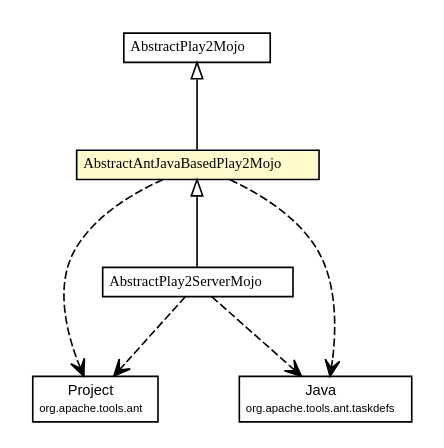
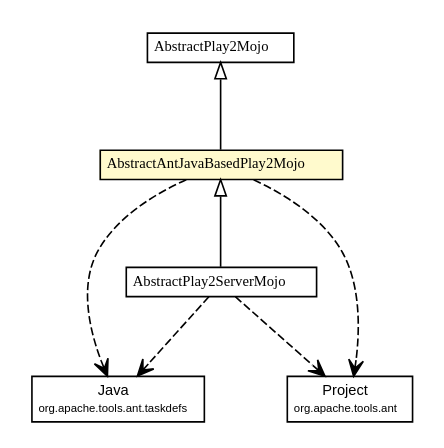
Before and after one commit to play2-maven-plugin/play2-maven-plugin.github.io: the diagram in play2-maven-plugin/1.0.0-beta5-SNAPSHOT/play2-maven-plugin/apidocs/com/google/code/play2/plugin/AbstractAntJavaBasedPlay2Mojo.dot, drawn with Graphviz. The commit also changed 213 other files, not shown here.

```diff
--- a/play2-maven-plugin/1.0.0-beta5-SNAPSHOT/play2-maven-plugin/apidocs/com/google/code/play2/plugin/AbstractAntJavaBasedPlay2Mojo.dot
+++ b/play2-maven-plugin/1.0.0-beta5-SNAPSHOT/play2-maven-plugin/apidocs/com/google/code/play2/plugin/AbstractAntJavaBasedPlay2Mojo.dot
@@ -1,56 +1,56 @@
 #!/usr/local/bin/dot
 #
 # Class diagram 
 # Generated by UMLGraph version R5_6-24-gf6e263 (http://www.umlgraph.org/)
 #
 
 digraph G {
 	edge [fontname="arial",fontsize=10,labelfontname="arial",labelfontsize=10];
 	node [fontname="arial",fontsize=10,shape=plaintext];
 	nodesep=0.25;
 	ranksep=0.5;
 	// com.google.code.play2.plugin.AbstractPlay2ServerMojo
-	c82 [label=<<table title="com.google.code.play2.plugin.AbstractPlay2ServerMojo" border="0" cellborder="1" cellspacing="0" cellpadding="2" port="p" href="./AbstractPlay2ServerMojo.html">
+	c83 [label=<<table title="com.google.code.play2.plugin.AbstractPlay2ServerMojo" border="0" cellborder="1" cellspacing="0" cellpadding="2" port="p" href="./AbstractPlay2ServerMojo.html">
 		<tr><td><table border="0" cellspacing="0" cellpadding="1">
 <tr><td align="center" balign="center"><font face="arial italic"> AbstractPlay2ServerMojo </font></td></tr>
 		</table></td></tr>
 		</table>>, URL="./AbstractPlay2ServerMojo.html", fontname="arial", fontcolor="black", fontsize=9.0];
 	// com.google.code.play2.plugin.AbstractPlay2Mojo
-	c95 [label=<<table title="com.google.code.play2.plugin.AbstractPlay2Mojo" border="0" cellborder="1" cellspacing="0" cellpadding="2" port="p" href="./AbstractPlay2Mojo.html">
+	c96 [label=<<table title="com.google.code.play2.plugin.AbstractPlay2Mojo" border="0" cellborder="1" cellspacing="0" cellpadding="2" port="p" href="./AbstractPlay2Mojo.html">
 		<tr><td><table border="0" cellspacing="0" cellpadding="1">
 <tr><td align="center" balign="center"><font face="arial italic"> AbstractPlay2Mojo </font></td></tr>
 		</table></td></tr>
 		</table>>, URL="./AbstractPlay2Mojo.html", fontname="arial", fontcolor="black", fontsize=9.0];
 	// com.google.code.play2.plugin.AbstractAntJavaBasedPlay2Mojo
-	c108 [label=<<table title="com.google.code.play2.plugin.AbstractAntJavaBasedPlay2Mojo" border="0" cellborder="1" cellspacing="0" cellpadding="2" port="p" bgcolor="lemonChiffon" href="./AbstractAntJavaBasedPlay2Mojo.html">
+	c109 [label=<<table title="com.google.code.play2.plugin.AbstractAntJavaBasedPlay2Mojo" border="0" cellborder="1" cellspacing="0" cellpadding="2" port="p" bgcolor="lemonChiffon" href="./AbstractAntJavaBasedPlay2Mojo.html">
 		<tr><td><table border="0" cellspacing="0" cellpadding="1">
 <tr><td align="center" balign="center"><font face="arial italic"> AbstractAntJavaBasedPlay2Mojo </font></td></tr>
 		</table></td></tr>
 		</table>>, URL="./AbstractAntJavaBasedPlay2Mojo.html", fontname="arial", fontcolor="black", fontsize=9.0];
 	//com.google.code.play2.plugin.AbstractPlay2ServerMojo extends com.google.code.play2.plugin.AbstractAntJavaBasedPlay2Mojo
-	c108:p -> c82:p [dir=back,arrowtail=empty];
+	c109:p -> c83:p [dir=back,arrowtail=empty];
 	//com.google.code.play2.plugin.AbstractAntJavaBasedPlay2Mojo extends com.google.code.play2.plugin.AbstractPlay2Mojo
-	c95:p -> c108:p [dir=back,arrowtail=empty];
+	c96:p -> c109:p [dir=back,arrowtail=empty];
+	// com.google.code.play2.plugin.AbstractPlay2ServerMojo DEPEND org.apache.tools.ant.taskdefs.Java
+	c83:p -> c163:p [taillabel="", label="", headlabel="", fontname="arial", fontcolor="black", fontsize=10.0, color="black", arrowhead=open, style=dashed];
 	// com.google.code.play2.plugin.AbstractPlay2ServerMojo DEPEND org.apache.tools.ant.Project
-	c82:p -> c168:p [taillabel="", label="", headlabel="", fontname="arial", fontcolor="black", fontsize=10.0, color="black", arrowhead=open, style=dashed];
-	// com.google.code.play2.plugin.AbstractPlay2ServerMojo DEPEND org.apache.tools.ant.taskdefs.Java
-	c82:p -> c181:p [taillabel="", label="", headlabel="", fontname="arial", fontcolor="black", fontsize=10.0, color="black", arrowhead=open, style=dashed];
+	c83:p -> c176:p [taillabel="", label="", headlabel="", fontname="arial", fontcolor="black", fontsize=10.0, color="black", arrowhead=open, style=dashed];
+	// com.google.code.play2.plugin.AbstractAntJavaBasedPlay2Mojo DEPEND org.apache.tools.ant.taskdefs.Java
+	c109:p -> c163:p [taillabel="", label="", headlabel="", fontname="arial", fontcolor="black", fontsize=10.0, color="black", arrowhead=open, style=dashed];
 	// com.google.code.play2.plugin.AbstractAntJavaBasedPlay2Mojo DEPEND org.apache.tools.ant.Project
-	c108:p -> c168:p [taillabel="", label="", headlabel="", fontname="arial", fontcolor="black", fontsize=10.0, color="black", arrowhead=open, style=dashed];
-	// com.google.code.play2.plugin.AbstractAntJavaBasedPlay2Mojo DEPEND org.apache.tools.ant.taskdefs.Java
-	c108:p -> c181:p [taillabel="", label="", headlabel="", fontname="arial", fontcolor="black", fontsize=10.0, color="black", arrowhead=open, style=dashed];
+	c109:p -> c176:p [taillabel="", label="", headlabel="", fontname="arial", fontcolor="black", fontsize=10.0, color="black", arrowhead=open, style=dashed];
 	// org.apache.tools.ant.Project
-	c168 [label=<<table title="org.apache.tools.ant.Project" border="0" cellborder="1" cellspacing="0" cellpadding="2" port="p" href="http://play2-maven-plugin.github.io/external-apidocs/org/apache/ant/ant/1.9.4/org/apache/tools/ant/Project.html">
+	c176 [label=<<table title="org.apache.tools.ant.Project" border="0" cellborder="1" cellspacing="0" cellpadding="2" port="p" href="http://play2-maven-plugin.github.io/external-apidocs/org/apache/ant/ant/1.9.4/org/apache/tools/ant/Project.html">
 		<tr><td><table border="0" cellspacing="0" cellpadding="1">
 <tr><td align="center" balign="center"> Project </td></tr>
 <tr><td align="center" balign="center"><font point-size="7.0"> org.apache.tools.ant </font></td></tr>
 		</table></td></tr>
 		</table>>, URL="http://play2-maven-plugin.github.io/external-apidocs/org/apache/ant/ant/1.9.4/org/apache/tools/ant/Project.html", fontname="arial", fontcolor="black", fontsize=9.0];
 	// org.apache.tools.ant.taskdefs.Java
-	c181 [label=<<table title="org.apache.tools.ant.taskdefs.Java" border="0" cellborder="1" cellspacing="0" cellpadding="2" port="p" href="http://play2-maven-plugin.github.io/external-apidocs/org/apache/ant/ant/1.9.4/org/apache/tools/ant/taskdefs/Java.html">
+	c163 [label=<<table title="org.apache.tools.ant.taskdefs.Java" border="0" cellborder="1" cellspacing="0" cellpadding="2" port="p" href="http://play2-maven-plugin.github.io/external-apidocs/org/apache/ant/ant/1.9.4/org/apache/tools/ant/taskdefs/Java.html">
 		<tr><td><table border="0" cellspacing="0" cellpadding="1">
 <tr><td align="center" balign="center"> Java </td></tr>
 <tr><td align="center" balign="center"><font point-size="7.0"> org.apache.tools.ant.taskdefs </font></td></tr>
 		</table></td></tr>
 		</table>>, URL="http://play2-maven-plugin.github.io/external-apidocs/org/apache/ant/ant/1.9.4/org/apache/tools/ant/taskdefs/Java.html", fontname="arial", fontcolor="black", fontsize=9.0];
 }
```
